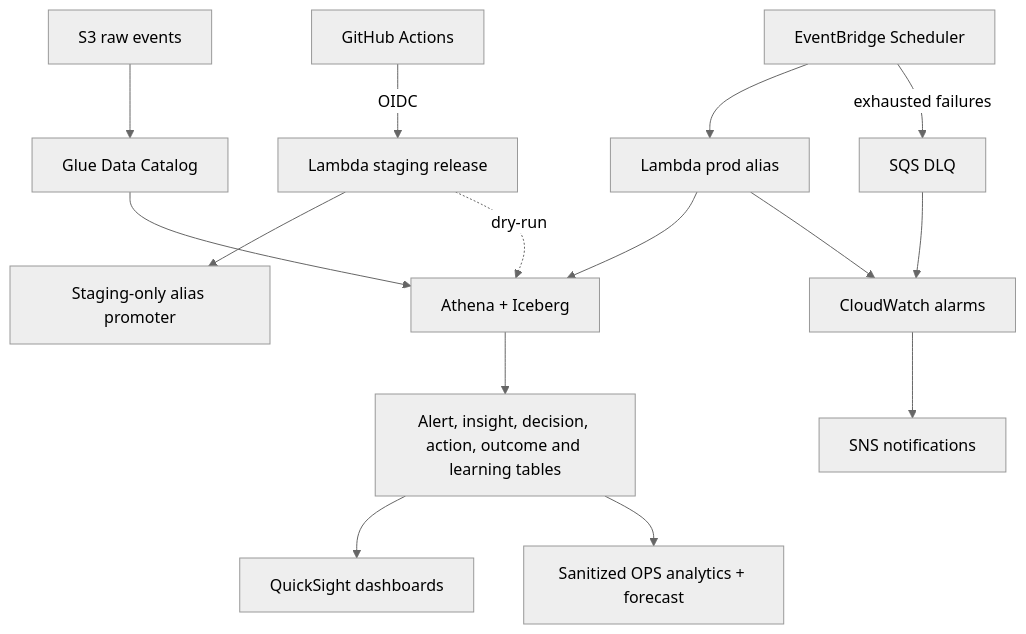
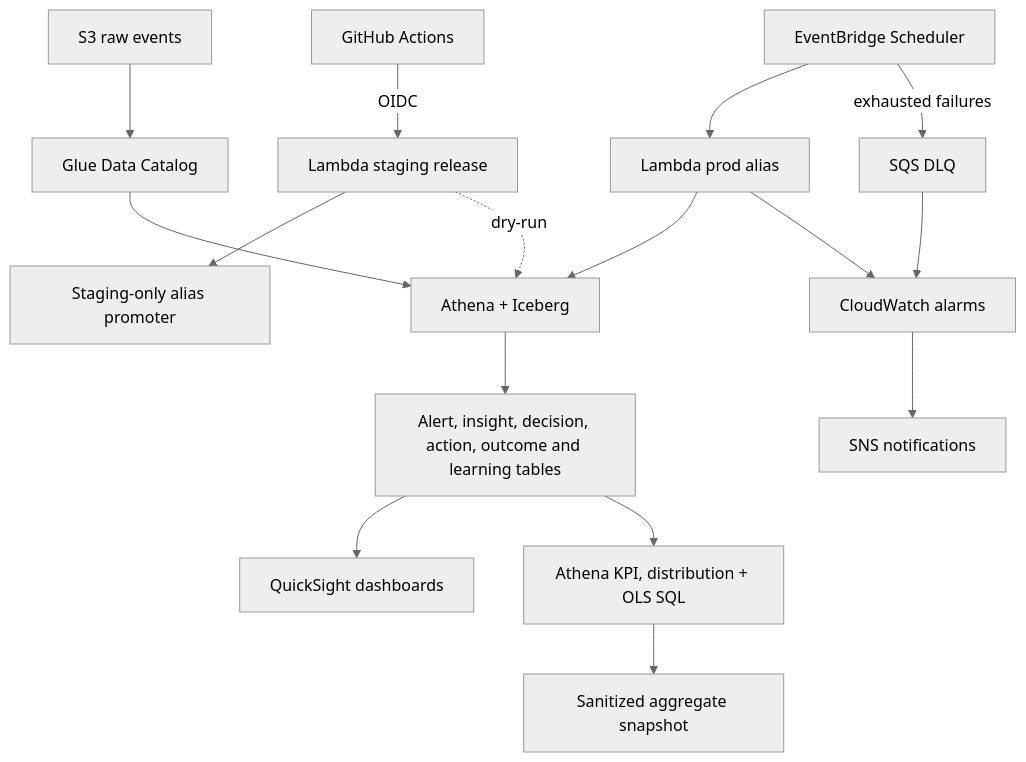
The second of 2 diagrams in README.md (Andy-JunXiong/GLAP-AI-Decision-Platform), drawn with Mermaid (neutral theme) before and after one commit. The commit also changed other lines of this file and 11 other files, not shown here.

````diff
--- a/README.md
+++ b/README.md
@@ -125,19 +127,20 @@
 ```mermaid
 flowchart TB
     EB[EventBridge Scheduler] --> PROD[Lambda prod alias]
     GH[GitHub Actions] -->|OIDC| STAGE[Lambda staging release]
     STAGE --> PROMOTER[Staging-only alias promoter]
 
     S3RAW[S3 raw events] --> GLUE[Glue Data Catalog]
     GLUE --> ATHENA[Athena + Iceberg]
     PROD --> ATHENA
     STAGE -. dry-run .-> ATHENA
     ATHENA --> TABLES[Alert, insight, decision, action, outcome and learning tables]
     TABLES --> QS[QuickSight dashboards]
-    TABLES --> PAGES[Sanitized OPS analytics + forecast]
+    TABLES --> ATHENAOPS[Athena KPI, distribution + OLS SQL]
+    ATHENAOPS --> PAGES[Sanitized aggregate snapshot]
 
     EB -->|exhausted failures| DLQ[SQS DLQ]
     PROD --> CW[CloudWatch alarms]
     DLQ --> CW
     CW --> SNS[SNS notifications]
 ```
````
